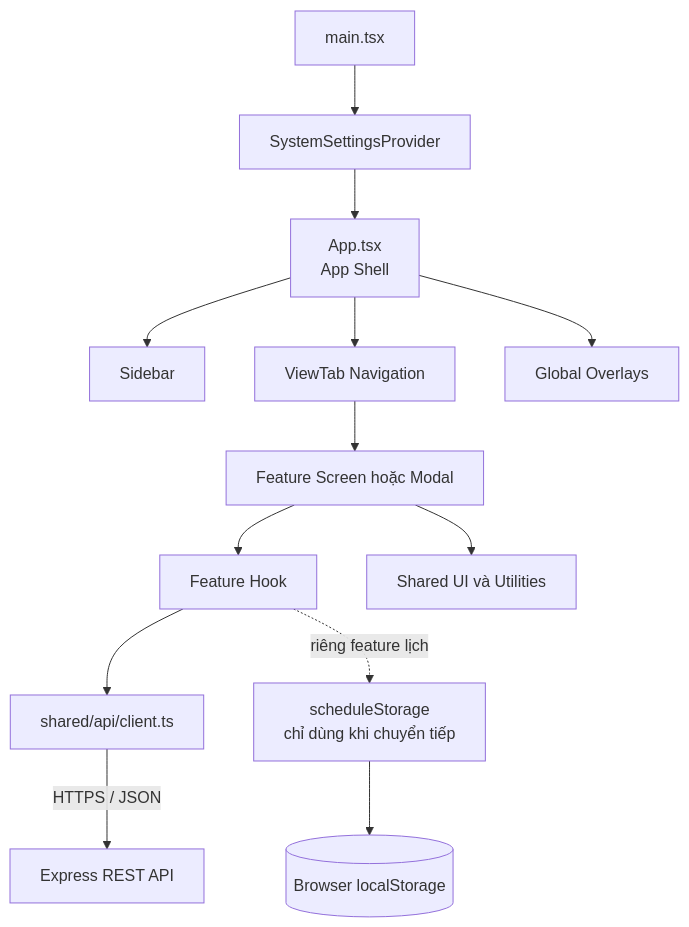
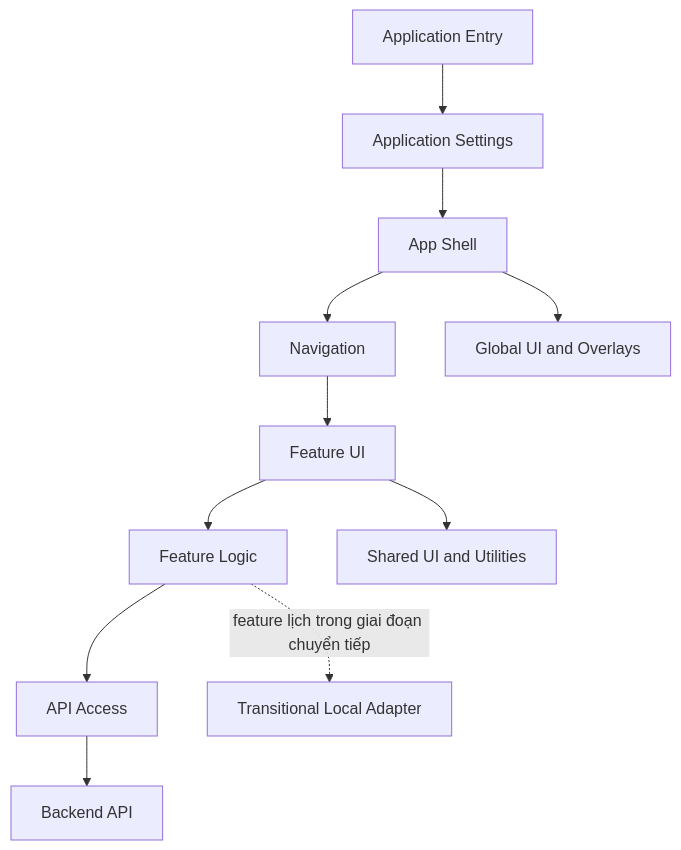
One commit to MINHDZVODICH/ctv-manage changed the second of 3 diagrams in docs/ARCHITECTURE.md. Above: the diagram before and after it, drawn with Mermaid. The commit also changed other lines of this file and 89 other files, not shown here.

````diff
--- a/docs/ARCHITECTURE.md
+++ b/docs/ARCHITECTURE.md
@@ -49,24 +51,21 @@
 ```mermaid
 flowchart TB
-    Main[main.tsx]
-    Settings[SystemSettingsProvider]
-    App[App.tsx<br/>App Shell]
-    Sidebar[Sidebar]
-    Navigation[ViewTab Navigation]
-    Overlay[Global Overlays]
-    Screen[Feature Screen hoặc Modal]
-    Hook[Feature Hook]
-    APIClient[shared/api/client.ts]
-    Shared[Shared UI và Utilities]
-    ScheduleStorage[scheduleStorage<br/>chỉ dùng khi chuyển tiếp]
-    LocalStorage[(Browser localStorage)]
+    Entry[Application Entry]
+    Settings[Application Settings]
+    Shell[App Shell]
+    Navigation[Navigation]
+    GlobalUI[Global UI and Overlays]
+    FeatureUI[Feature UI]
+    FeatureLogic[Feature Logic]
+    APIAccess[API Access]
+    Shared[Shared UI and Utilities]
+    Transition[Transitional Local Adapter]
+    Backend[Backend API]
 
-    Main --> Settings --> App
-    App --> Sidebar
-    App --> Navigation --> Screen
-    App --> Overlay
-    Screen --> Hook --> APIClient
-    Screen --> Shared
-    Hook -. riêng feature lịch .-> ScheduleStorage --> LocalStorage
-    APIClient -->|HTTPS / JSON| REST[Express REST API]
+    Entry --> Settings --> Shell
+    Shell --> Navigation --> FeatureUI
+    Shell --> GlobalUI
+    FeatureUI --> FeatureLogic --> APIAccess --> Backend
+    FeatureUI --> Shared
+    FeatureLogic -. feature lịch trong giai đoạn chuyển tiếp .-> Transition
 ```
````
